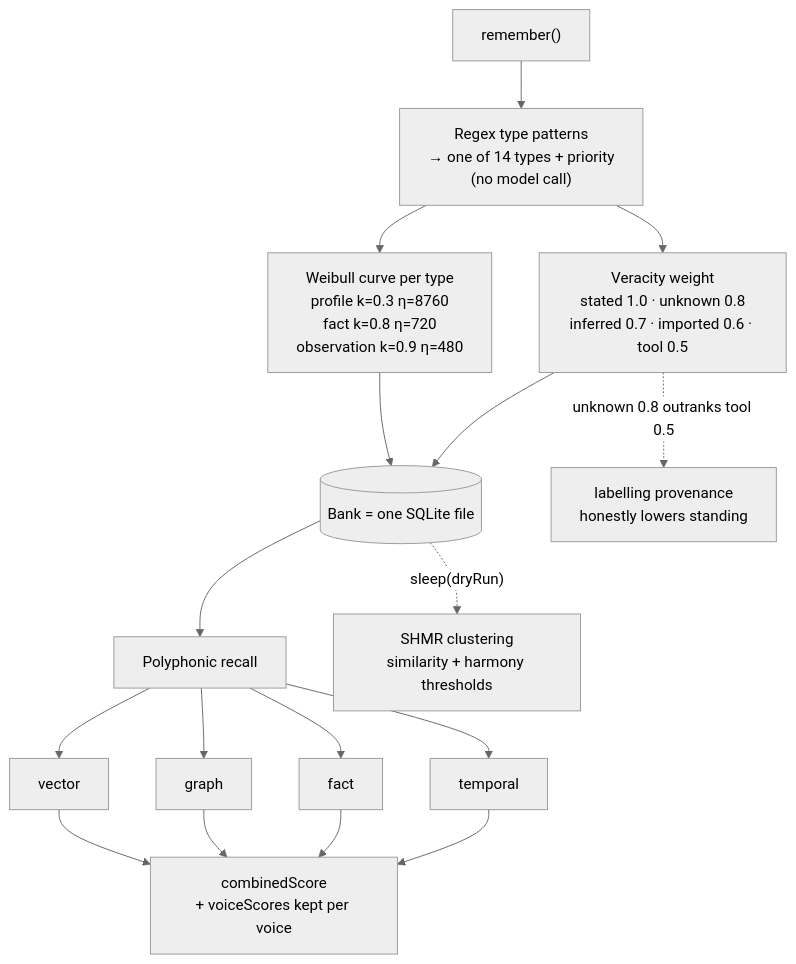
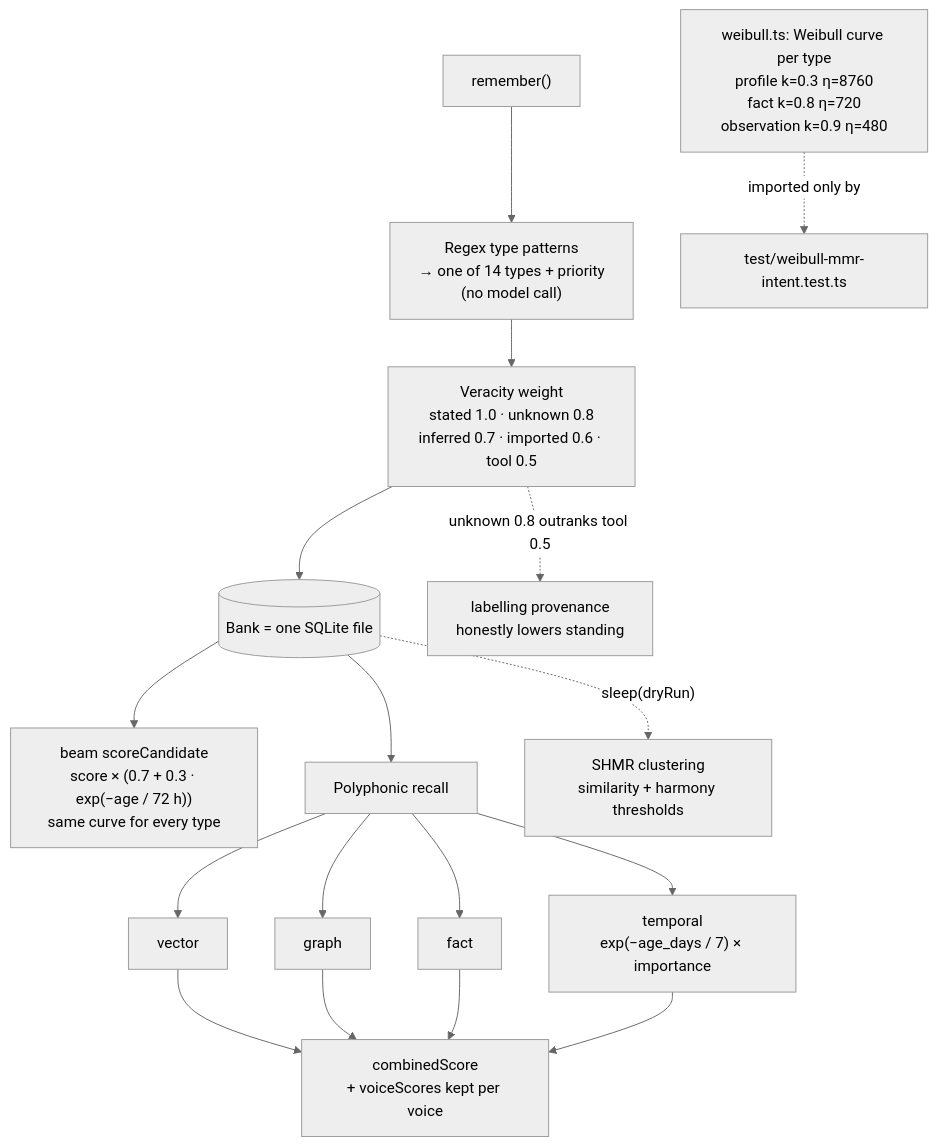
One commit to neoneye/agent-memory-atlas changed the diagram in content/systems/mnemopi.md. Above: the diagram before and after it, drawn with Mermaid (neutral theme). The commit also changed other lines of this file and 99 other files, not shown here.

````diff
--- a/content/systems/mnemopi.md
+++ b/content/systems/mnemopi.md
@@ -96,16 +106,16 @@
 ```mermaid
-%% caption: type is decided by regex with no model call, and each type carries its own Weibull decay and a veracity weight — where labelling something inferred or tool-derived lowers its standing below leaving it unknown
+%% caption: type is decided by regex with no model call and a veracity weight is attached — where labelling something inferred or tool-derived lowers its standing below leaving it unknown; the per-type Weibull table sits beside the path, read only by a test, while recall ages every type on one curve
 flowchart TB
     In["remember()"] --> Ty["Regex type patterns<br/>→ one of 14 types + priority<br/>(no model call)"]
-    Ty --> Wb["Weibull curve per type<br/>profile k=0.3 η=8760<br/>fact k=0.8 η=720<br/>observation k=0.9 η=480"]
     Ty --> Ver["Veracity weight<br/>stated 1.0 · unknown 0.8<br/>inferred 0.7 · imported 0.6 · tool 0.5"]
-    Wb --> Bank[("Bank = one SQLite file")]
-    Ver --> Bank
+    Ver --> Bank[("Bank = one SQLite file")]
+    Wb["weibull.ts: Weibull curve per type<br/>profile k=0.3 η=8760<br/>fact k=0.8 η=720<br/>observation k=0.9 η=480"] -.->|"imported only by"| WT["test/weibull-mmr-intent.test.ts"]
+    Bank --> SC["beam scoreCandidate<br/>score × (0.7 + 0.3 · exp(−age / 72 h))<br/>same curve for every type"]
     Bank --> P["Polyphonic recall"]
     P --> V1["vector"] --> Comb["combinedScore<br/>+ voiceScores kept per voice"]
     P --> V2["graph"] --> Comb
     P --> V3["fact"] --> Comb
-    P --> V4["temporal"] --> Comb
+    P --> V4["temporal<br/>exp(−age_days / 7) × importance"] --> Comb
     Bank -.->|"sleep(dryRun)"| Sl["SHMR clustering<br/>similarity + harmony thresholds"]
     Ver -.->|"unknown 0.8 outranks tool 0.5"| Inv["labelling provenance<br/>honestly lowers standing"]
 ```
````
